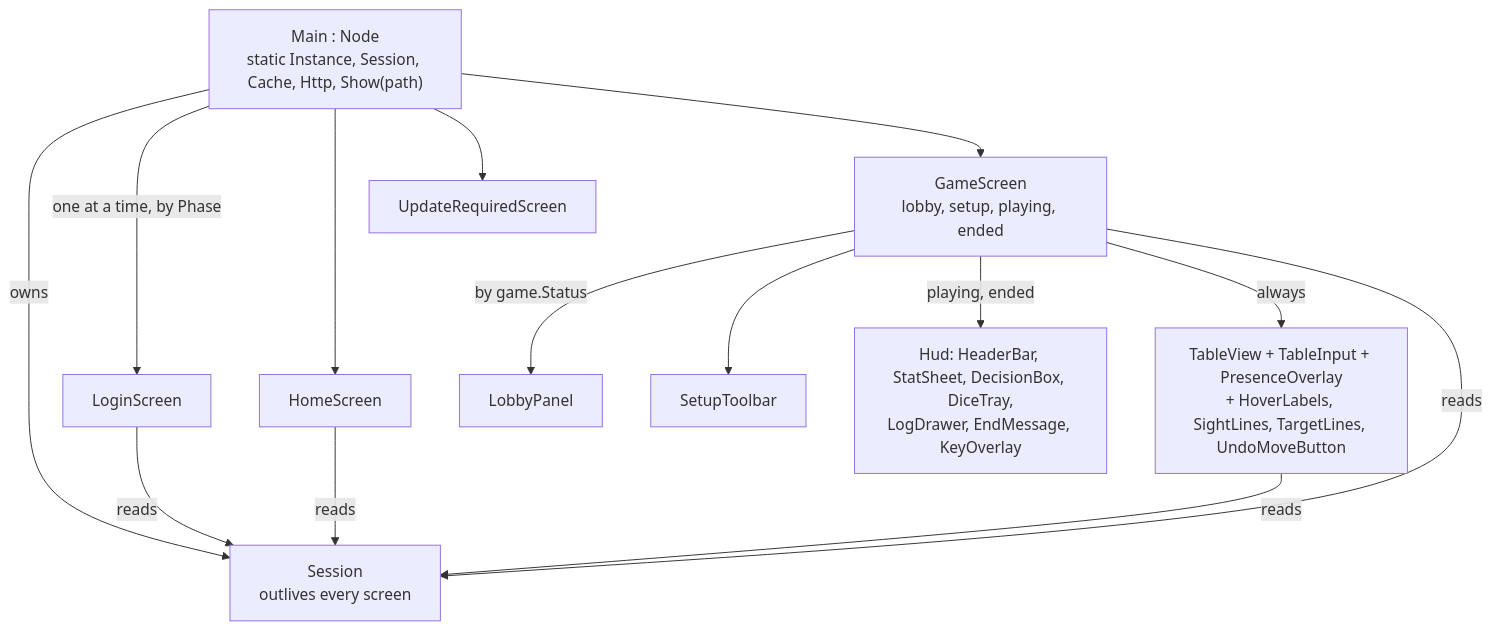
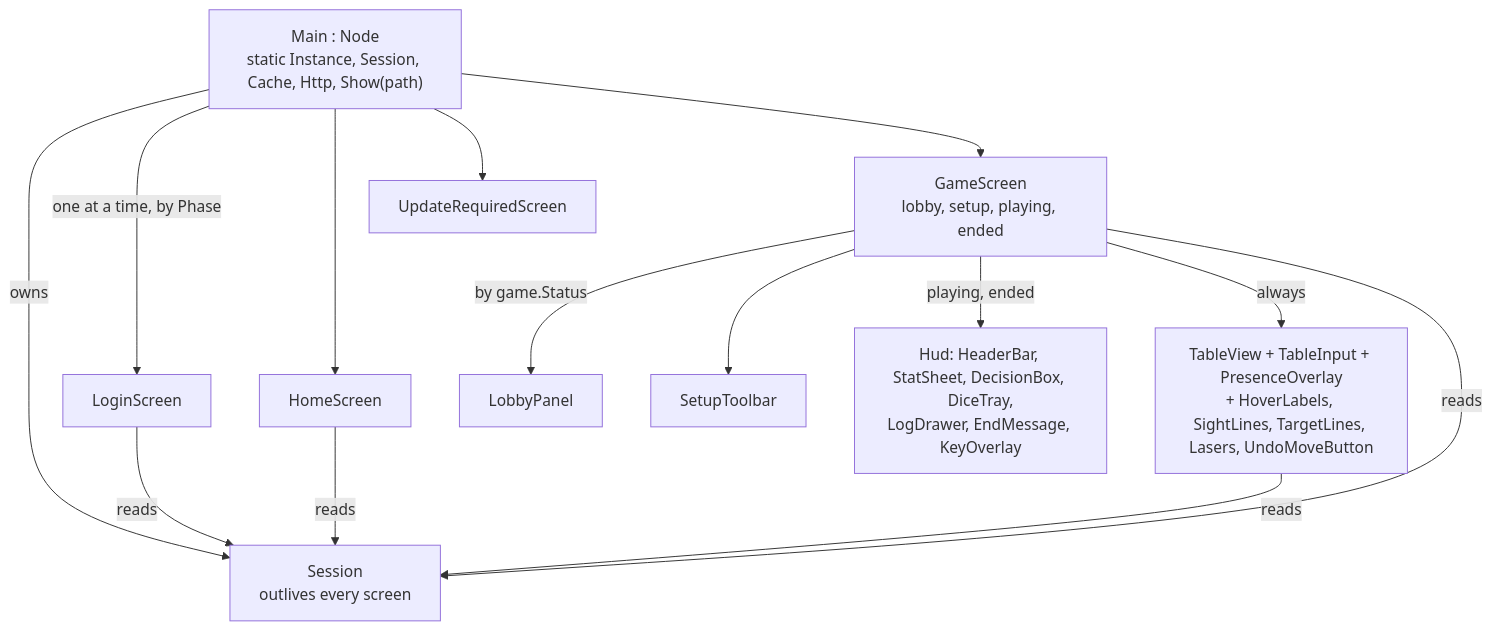
The second of 13 diagrams in docs/design/client/design.md (cstupi/tabletop), drawn with Mermaid before and after one commit. The commit also changed other lines of this file and 13 other files, not shown here.

````diff
--- a/docs/design/client/design.md
+++ b/docs/design/client/design.md
@@ -166,27 +166,27 @@
 ```mermaid
 flowchart TD
   main["Main : Node<br/>static Instance, Session, Cache, Http, Show(path)"]
   session["Session<br/>outlives every screen"]
   login["LoginScreen"]
   home["HomeScreen"]
   update["UpdateRequiredScreen"]
   gamescr["GameScreen<br/>lobby, setup, playing, ended"]
   lobby["LobbyPanel"]
   setup["SetupToolbar"]
   hud["Hud: HeaderBar, StatSheet, DecisionBox, DiceTray,<br/>LogDrawer, EndMessage, KeyOverlay"]
-  table["TableView + TableInput + PresenceOverlay<br/>+ HoverLabels, SightLines, TargetLines, UndoMoveButton"]
+  table["TableView + TableInput + PresenceOverlay<br/>+ HoverLabels, SightLines, TargetLines, Lasers, UndoMoveButton"]
 
   main -- owns --> session
   main -- "one at a time, by Phase" --> login
   main --> home
   main --> update
   main --> gamescr
   gamescr -- "by game.Status" --> lobby
   gamescr --> setup
   gamescr -- "playing, ended" --> hud
   gamescr -- "always" --> table
   login -- reads --> session
   home -- reads --> session
   gamescr -- reads --> session
   table -- reads --> session
 ```
````
